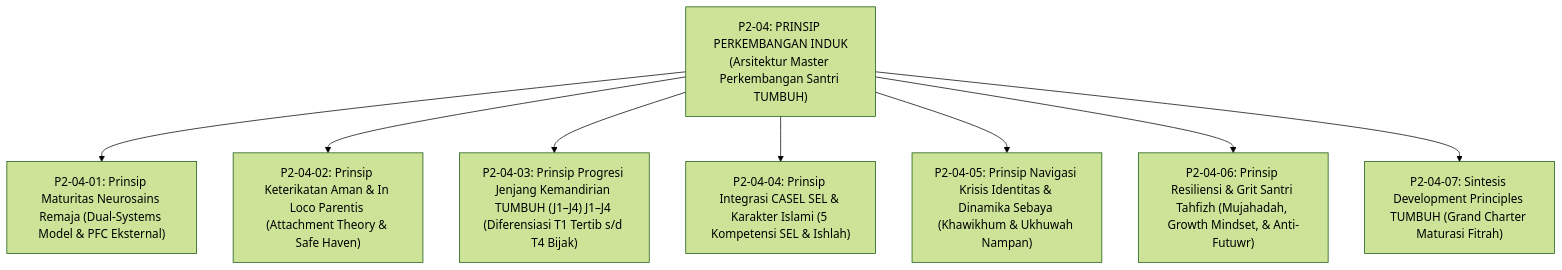
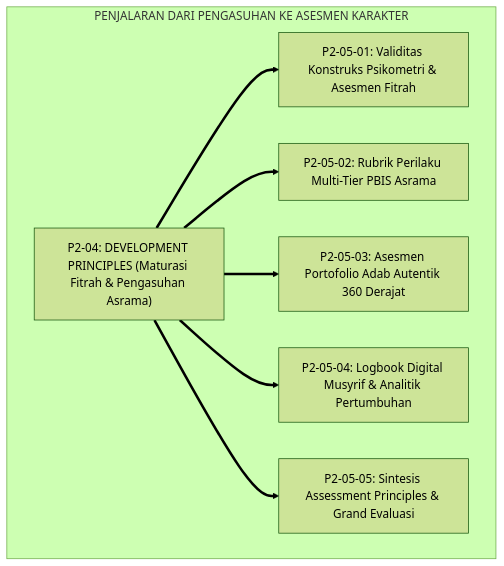
Before and after one commit to wandiapriliyandi/tumbuh: the third of 3 diagrams in 02 Principles/04 Development Principles/P2-04-Prinsip-Perkembangan-Santri-TUMBUH.md, drawn with Mermaid (forest theme). The commit also changed other lines of this file and 7 other files, not shown here.

Commit message:
docs(principles): reconstruct all 04 Development Principles monographs to pure academic standard

````diff
--- a/02 Principles/04 Development Principles/P2-04-Prinsip-Perkembangan-Santri-TUMBUH.md
+++ b/02 Principles/04 Development Principles/P2-04-Prinsip-Perkembangan-Santri-TUMBUH.md
@@ -68,12 +169,12 @@
 ```mermaid
-graph TD
-    Master["P2-04: PRINSIP PERKEMBANGAN INDUK<br/>(Arsitektur Master Perkembangan Santri TUMBUH)"]
-    
-    Master --> M1["P2-04-01: Prinsip Maturitas Neurosains Remaja (Dual-Systems Model & PFC Eksternal)"]
-    Master --> M2["P2-04-02: Prinsip Keterikatan Aman & In Loco Parentis (Attachment Theory & Safe Haven)"]
-    Master --> M3["P2-04-03: Prinsip Progresi Jenjang Kemandirian TUMBUH (J1–J4) J1–J4 (Diferensiasi T1 Tertib s/d T4 Bijak)"]
-    Master --> M4["P2-04-04: Prinsip Integrasi CASEL SEL & Karakter Islami (5 Kompetensi SEL & Ishlah)"]
-    Master --> M5["P2-04-05: Prinsip Navigasi Krisis Identitas & Dinamika Sebaya (Khawikhum & Ukhuwah Nampan)"]
-    Master --> M6["P2-04-06: Prinsip Resiliensi & Grit Santri Tahfizh (Mujahadah, Growth Mindset, & Anti-Futuwr)"]
-    Master --> M7["P2-04-07: Sintesis Development Principles TUMBUH (Grand Charter Maturasi Fitrah)"]
+flowchart TD
+    subgraph PenjalaranDevelopmentKeAssessment["PENJALARAN DARI PENGASUHAN KE ASESMEN KARAKTER"]
+        DevMaster["P2-04: DEVELOPMENT PRINCIPLES (Maturasi Fitrah & Pengasuhan Asrama)"]
+        
+        DevMaster ==> P2_05_01["P2-05-01: Validitas Konstruks Psikometri & Asesmen Fitrah"]
+        DevMaster ==> P2_05_02["P2-05-02: Rubrik Perilaku Multi-Tier PBIS Asrama"]
+        DevMaster ==> P2_05_03["P2-05-03: Asesmen Portofolio Adab Autentik 360 Derajat"]
+        DevMaster ==> P2_05_04["P2-05-04: Logbook Digital Musyrif & Analitik Pertumbuhan"]
+        DevMaster ==> P2_05_05["P2-05-05: Sintesis Assessment Principles & Grand Evaluasi"]
+    end
 ```
````
